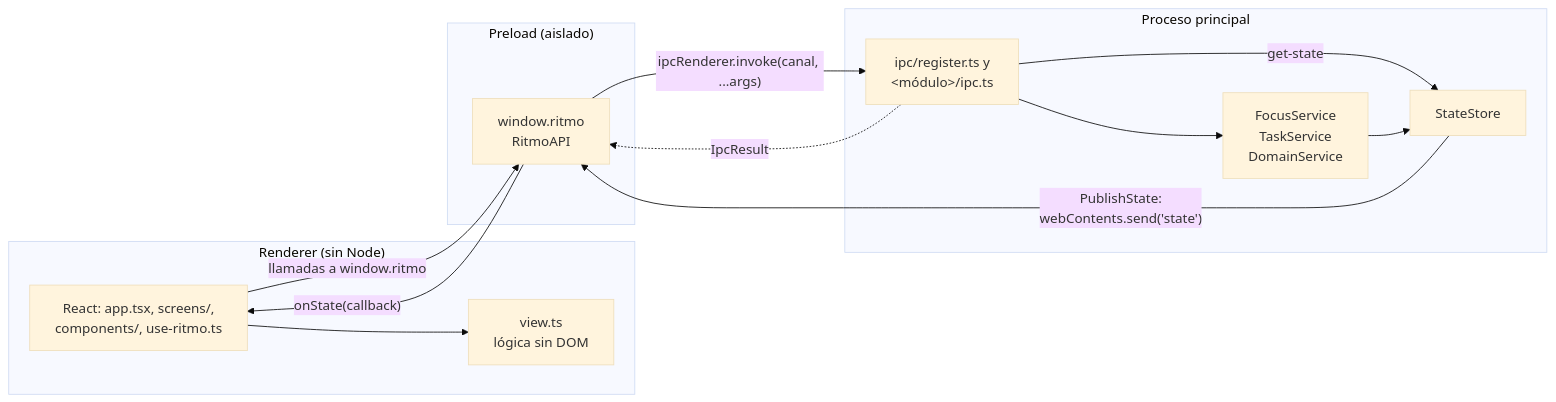
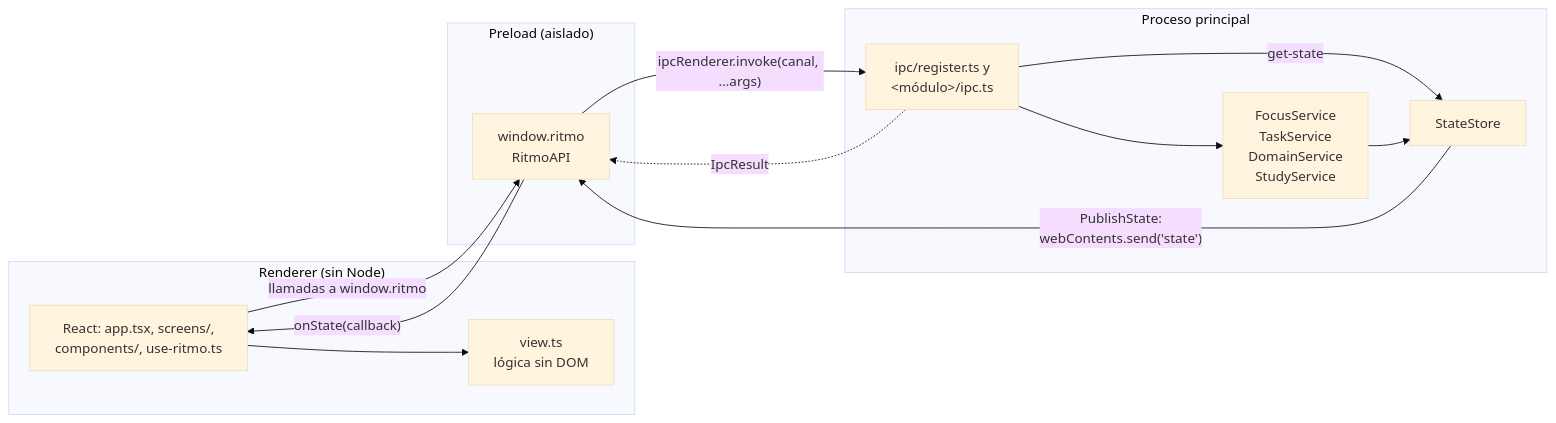
The first of 13 diagrams in docs/arquitectura.md (DevJuan95/ritmo), drawn with Mermaid (base theme) before and after one commit. The commit also changed other lines of this file and 26 other files, not shown here.

````diff
--- a/docs/arquitectura.md
+++ b/docs/arquitectura.md
@@ -11,27 +11,27 @@
 ```mermaid
 flowchart LR
   subgraph renderer["Renderer (sin Node)"]
     ui["React: app.tsx, screens/,<br/>components/, use-ritmo.ts"]
     view["view.ts<br/>lógica sin DOM"]
     ui --> view
   end
 
   subgraph preload["Preload (aislado)"]
     api["window.ritmo<br/>RitmoAPI"]
   end
 
   subgraph main["Proceso principal"]
     ipc["ipc/register.ts y<br/>&lt;módulo&gt;/ipc.ts"]
-    services["FocusService<br/>TaskService<br/>DomainService"]
+    services["FocusService<br/>TaskService<br/>DomainService<br/>StudyService"]
     store["StateStore"]
     ipc --> services
     ipc -- "get-state" --> store
     services --> store
   end
 
   ui -- "llamadas a window.ritmo" --> api
   api -- "ipcRenderer.invoke(canal, ...args)" --> ipc
   ipc -. "IpcResult" .-> api
   store -- "PublishState:<br/>webContents.send('state')" --> api
   api -- "onState(callback)" --> ui
 ```
````
